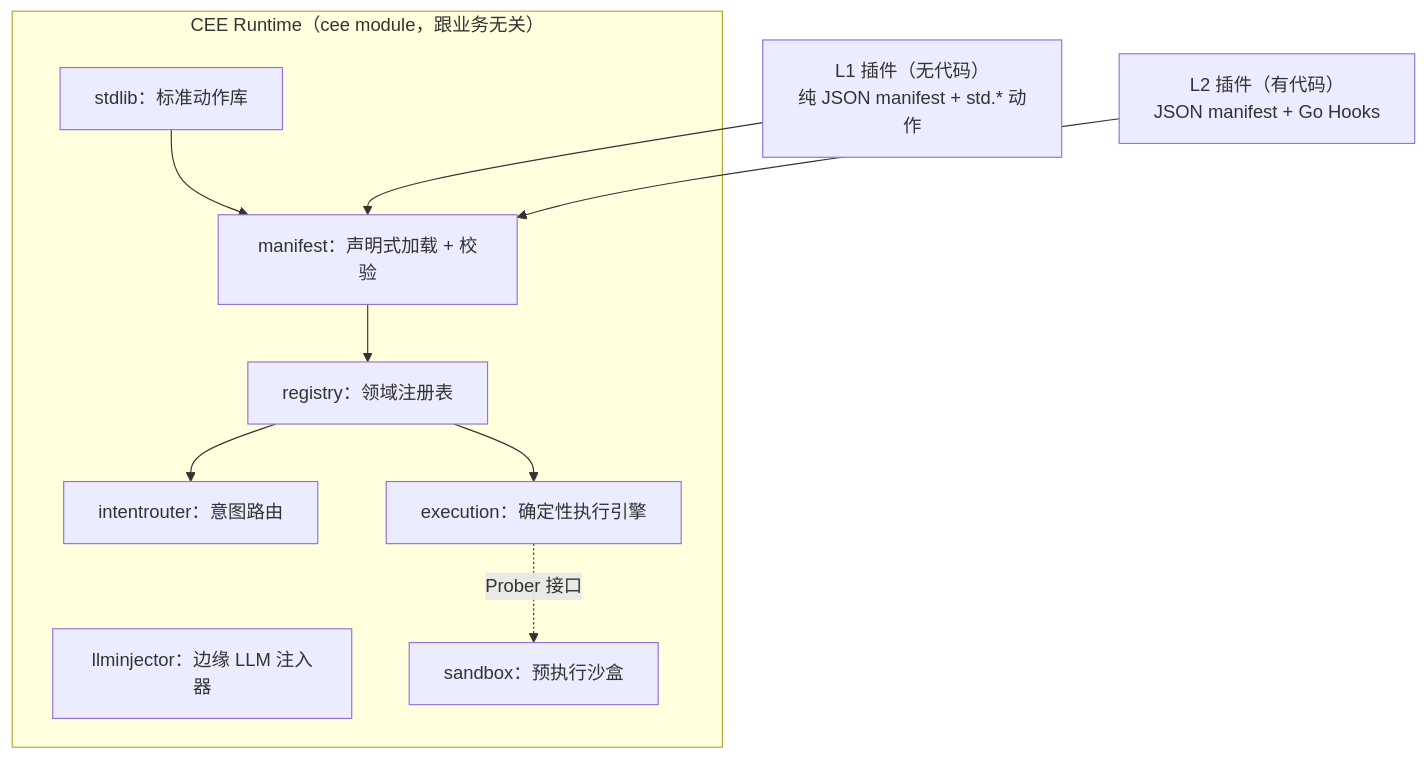
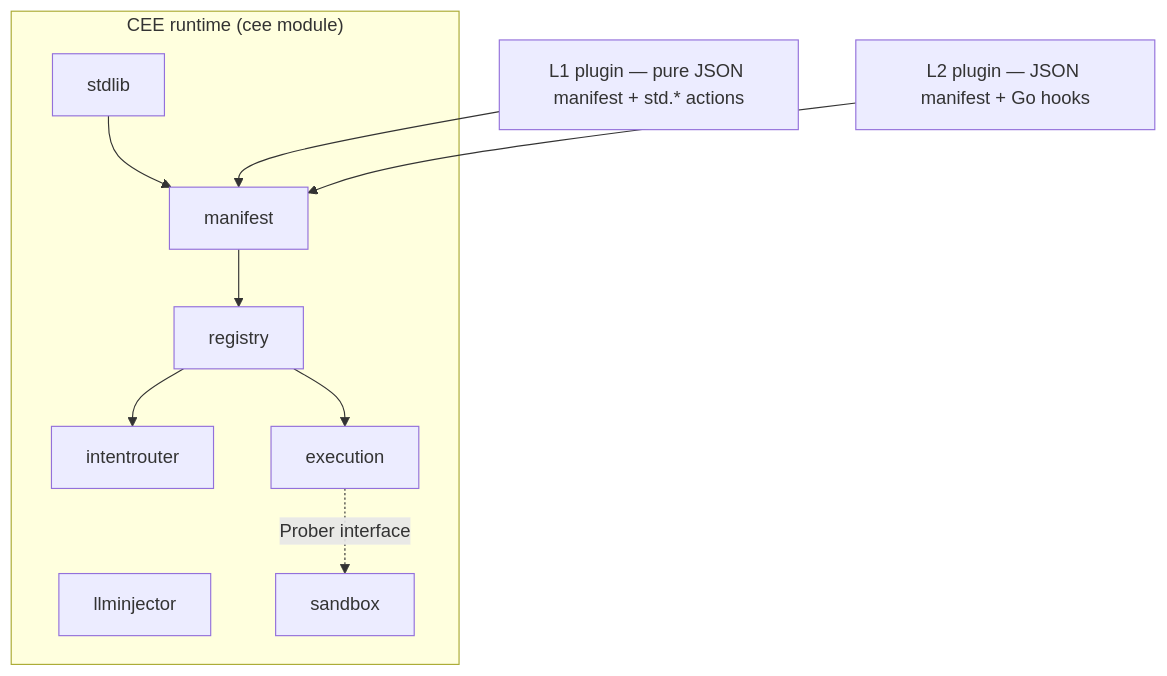
Before and after one commit to p0nymc1/cee: the diagram in README.md, drawn with Mermaid. The commit also changed other lines of this file and 20 other files, not shown here.

````diff
--- a/README.md
+++ b/README.md
@@ -61,20 +15,19 @@
 ```mermaid
 flowchart TB
-    subgraph RUNTIME["CEE Runtime（cee module，跟业务无关）"]
-        IR[intentrouter：意图路由]
-        DEE[execution：确定性执行引擎]
-        LLM[llminjector：边缘 LLM 注入器]
-        SBX[sandbox：预执行沙盒]
-        REG[registry：领域注册表]
-        MAN[manifest：声明式加载 + 校验]
-        STD[stdlib：标准动作库]
+    subgraph RUNTIME["CEE runtime (cee module)"]
+        IR[intentrouter]
+        DEE[execution]
+        LLM[llminjector]
+        SBX[sandbox]
+        REG[registry]
+        MAN[manifest]
+        STD[stdlib]
         REG --> IR
         REG --> DEE
         MAN --> REG
         STD --> MAN
-        DEE -. Prober 接口 .-> SBX
+        DEE -. Prober interface .-> SBX
     end
-
-    L1["L1 插件（无代码）<br/>纯 JSON manifest + std.* 动作"] --> MAN
-    L2["L2 插件（有代码）<br/>JSON manifest + Go Hooks"] --> MAN
+    L1["L1 plugin — pure JSON manifest + std.* actions"] --> MAN
+    L2["L2 plugin — JSON manifest + Go hooks"] --> MAN
 ```
````
